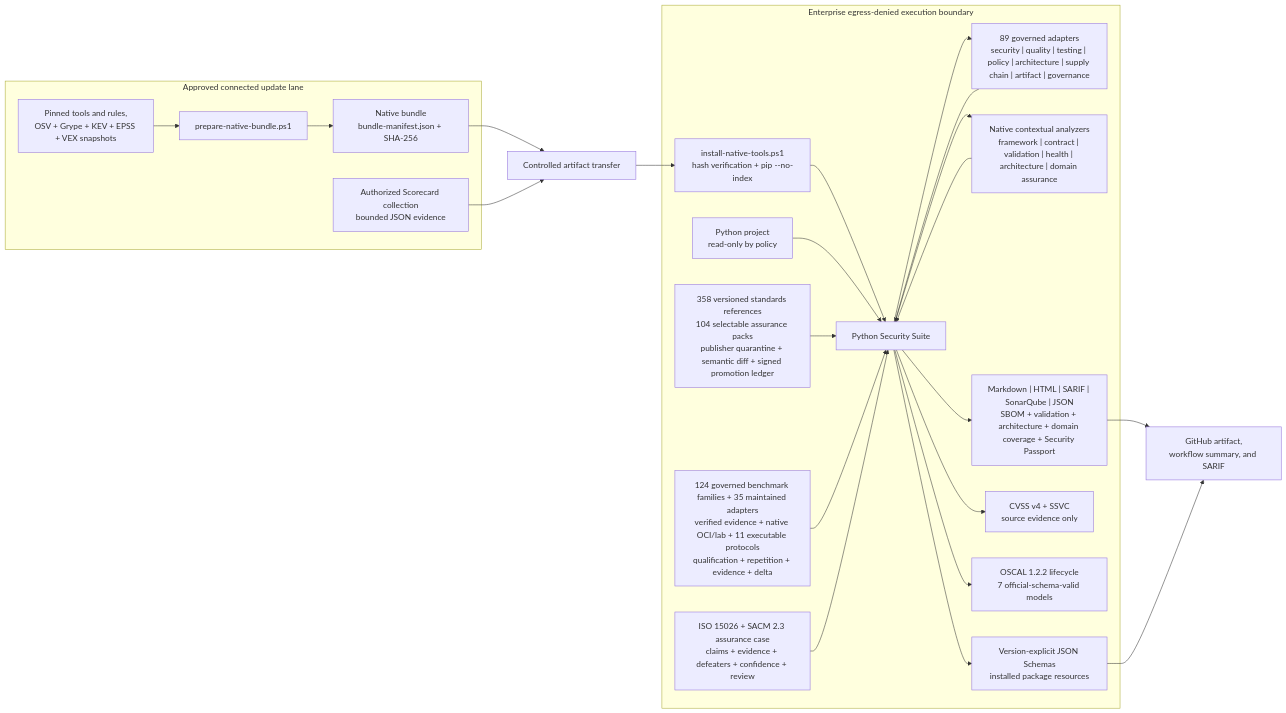
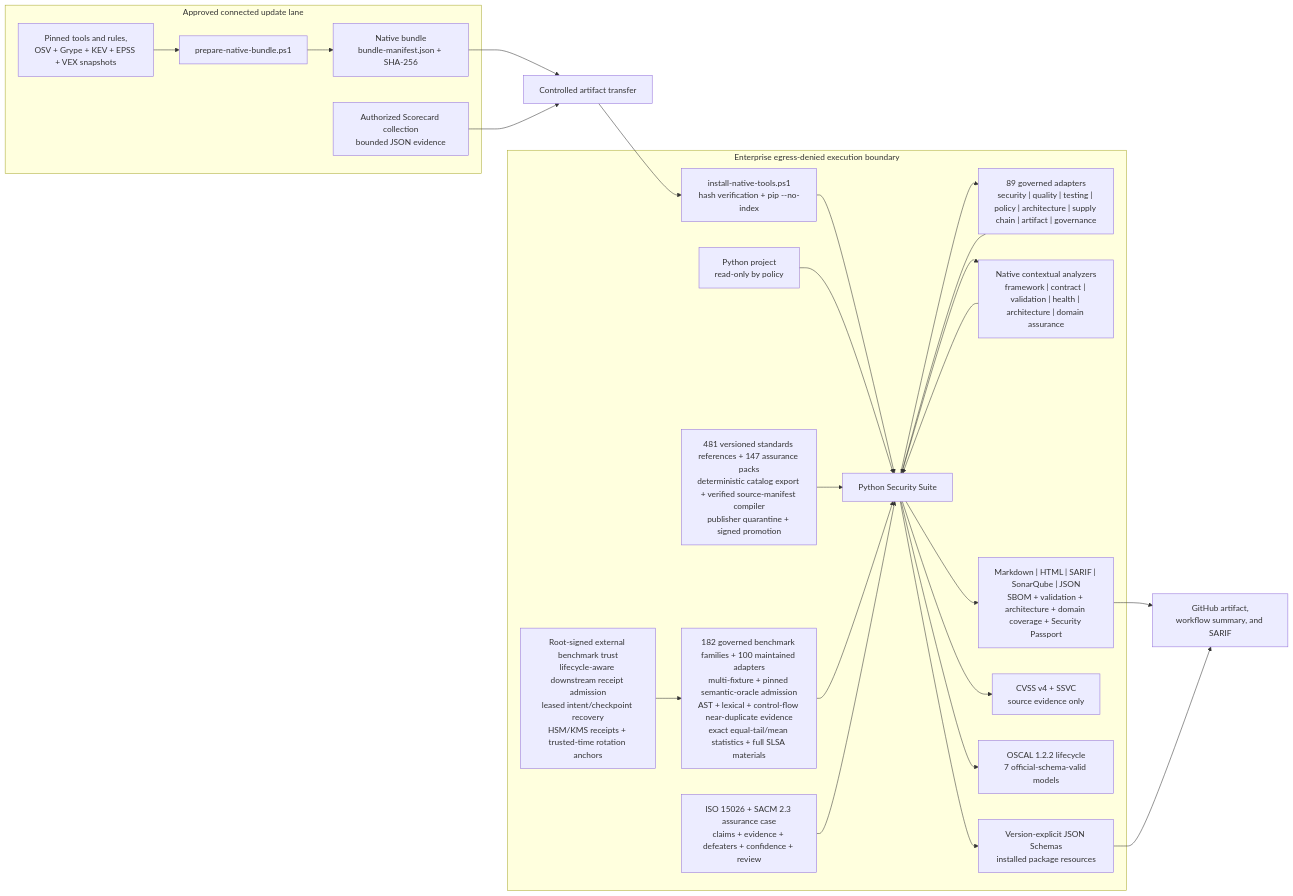
One commit to willtran87/project-py-security-suite changed the first of 19 diagrams in docs/design.md. Above: the diagram before and after it, drawn with Mermaid. The commit also changed other lines of this file and 124 other files, not shown here.

Commit message:
Harden benchmark assurance and governance

````diff
--- a/docs/design.md
+++ b/docs/design.md
@@ -29,47 +29,49 @@
 ```mermaid
 flowchart LR
     subgraph Connected["Approved connected update lane"]
         Prep["prepare-native-bundle.ps1"]
         Sources["Pinned tools and rules,<br/>OSV + Grype + KEV + EPSS + VEX snapshots"]
         ScorecardCollect["Authorized Scorecard collection<br/>bounded JSON evidence"]
         Bundle["Native bundle<br/>bundle-manifest.json + SHA-256"]
         Sources --> Prep --> Bundle
     end
 
     Transfer["Controlled artifact transfer"]
 
     subgraph Boundary["Enterprise egress-denied execution boundary"]
         Install["install-native-tools.ps1<br/>hash verification + pip --no-index"]
         Project["Python project<br/>read-only by policy"]
         Suite["Python Security Suite"]
         Scanners["89 governed adapters<br/>security | quality | testing | policy | architecture | supply chain | artifact | governance"]
         Analyzers["Native contextual analyzers<br/>framework | contract | validation | health | architecture | domain assurance"]
         Reports["Markdown | HTML | SARIF | SonarQube | JSON<br/>SBOM + validation + architecture + domain coverage + Security Passport"]
-        Standards["358 versioned standards references<br/>104 selectable assurance packs<br/>publisher quarantine + semantic diff + signed promotion ledger"]
-        Benchmarks["124 governed benchmark families + 35 maintained adapters<br/>verified evidence + native OCI/lab + 11 executable protocols<br/>qualification + repetition + evidence + delta"]
+        Standards["481 versioned standards references + 147 assurance packs<br/>deterministic catalog export + verified source-manifest compiler<br/>publisher quarantine + signed promotion"]
+        Benchmarks["182 governed benchmark families + 100 maintained adapters<br/>multi-fixture + pinned semantic-oracle admission<br/>AST + lexical + control-flow near-duplicate evidence<br/>exact equal-tail/mean statistics + full SLSA materials"]
+        BenchmarkTrust["Root-signed external benchmark trust<br/>lifecycle-aware downstream receipt admission<br/>leased intent/checkpoint recovery<br/>HSM/KMS receipts + trusted-time rotation anchors"]
         AssuranceCase["ISO 15026 + SACM 2.3 assurance case<br/>claims + evidence + defeaters + confidence + review"]
         Priority["CVSS v4 + SSVC<br/>source evidence only"]
         OSCAL["OSCAL 1.2.2 lifecycle<br/>7 official-schema-valid models"]
         Contracts["Version-explicit JSON Schemas<br/>installed package resources"]
         Install --> Suite
         Project --> Suite
         Suite --> Scanners
         Scanners --> Suite
         Suite --> Analyzers
         Analyzers --> Suite
         Standards --> Suite
         Benchmarks --> Suite
+        BenchmarkTrust --> Benchmarks
         AssuranceCase --> Suite
         Suite --> Priority
         Suite --> OSCAL
         Suite --> Reports
         Suite --> Contracts
     end
 
     GitHub["GitHub artifact,<br/>workflow summary, and SARIF"]
 
     Bundle --> Transfer --> Install
     ScorecardCollect --> Transfer
     Reports --> GitHub
     Contracts --> GitHub
 ```
````
